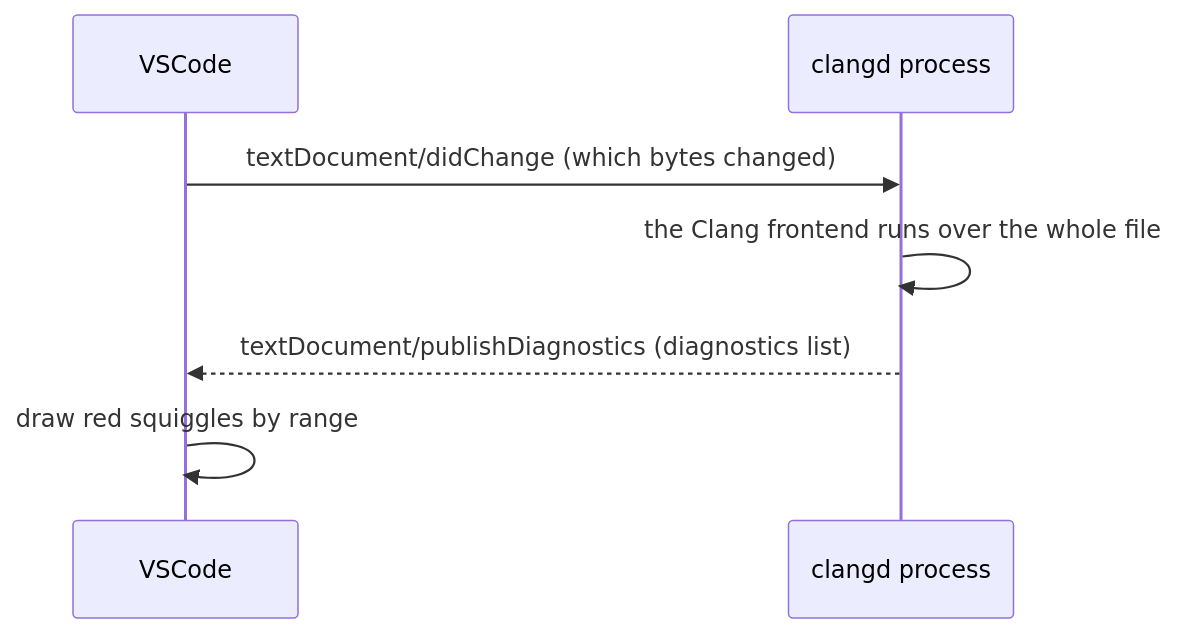
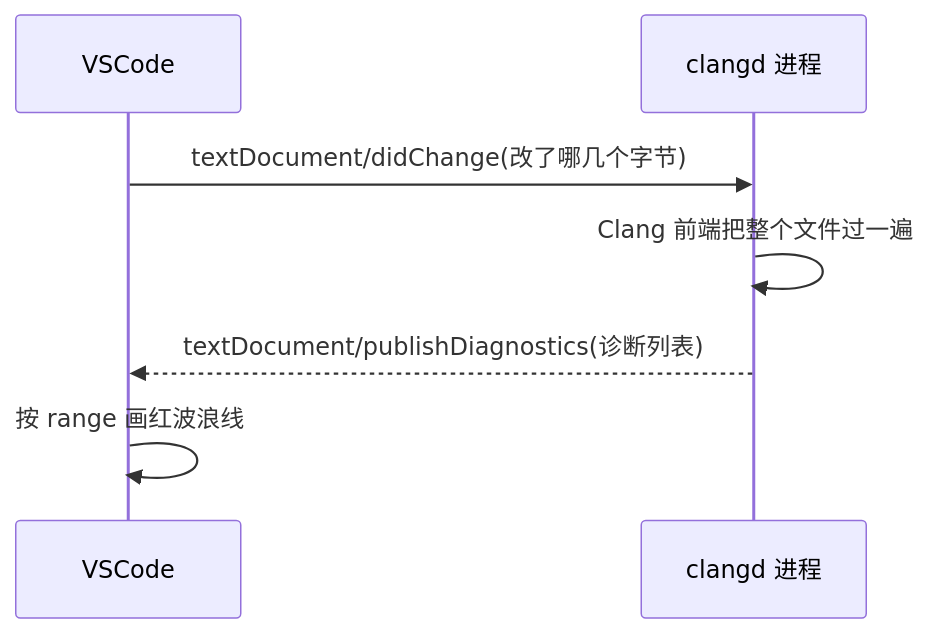
The diagram in documents/en/vol8-domains/embedded/f103/00-env-setup/07-clangd.md (Awesome-Embedded-Learning-Studio/Tutorial_AwesomeModernCPP), drawn with Mermaid before and after one commit. The commit also changed other lines of this file and 749 other files, not shown here.

````diff
--- a/documents/en/vol8-domains/embedded/f103/00-env-setup/07-clangd.md
+++ b/documents/en/vol8-domains/embedded/f103/00-env-setup/07-clangd.md
@@ -42,9 +42,9 @@
 ```mermaid
 sequenceDiagram
     participant V as VSCode
-    participant C as clangd process
-    V->>C: textDocument/didChange (which bytes changed)
-    C->>C: the Clang frontend runs over the whole file
-    C-->>V: textDocument/publishDiagnostics (diagnostics list)
-    V->>V: draw red squiggles by range
+    participant C as clangd 进程
+    V->>C: textDocument/didChange(改了哪几个字节)
+    C->>C: Clang 前端把整个文件过一遍
+    C-->>V: textDocument/publishDiagnostics(诊断列表)
+    V->>V: 按 range 画红波浪线
 ```
````
